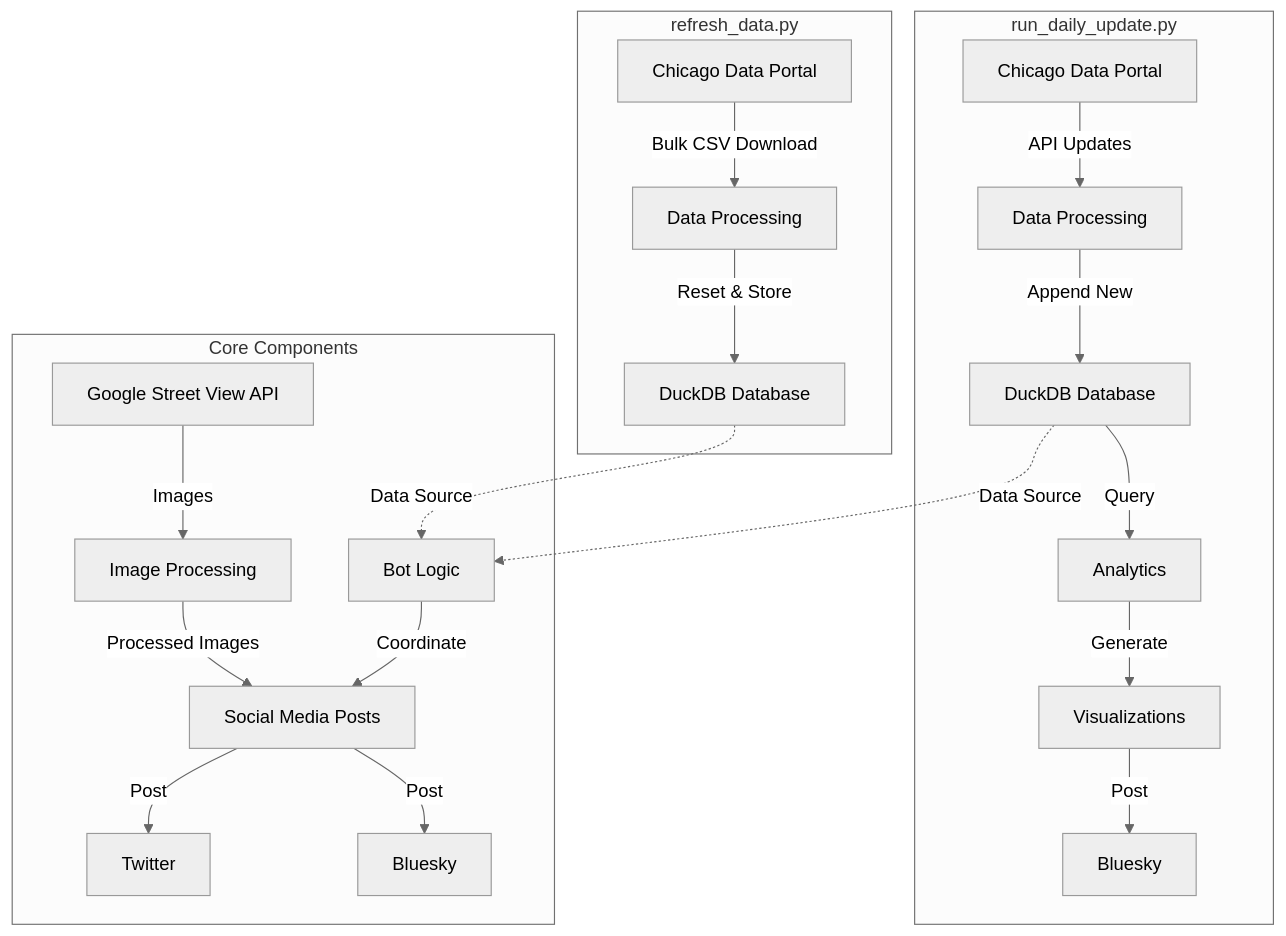
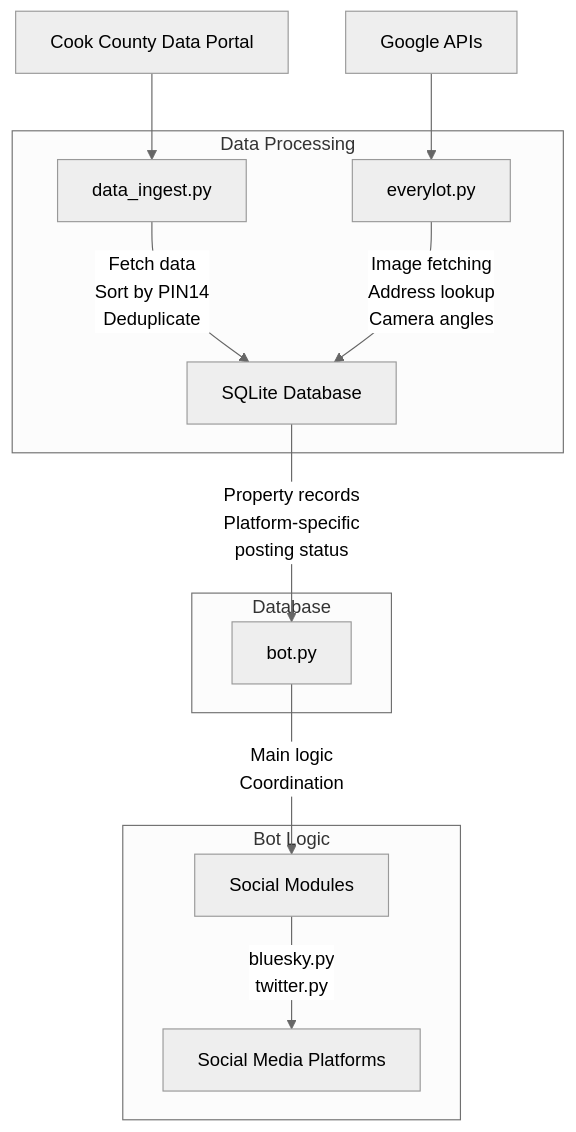
One commit to MisterClean/everylotbot-chicago changed the diagram in README.md. Above: the diagram before and after it, drawn with Mermaid (neutral theme).

````diff
--- a/README.md
+++ b/README.md
@@ -16,25 +16,20 @@
 ```mermaid
 graph TD
-    subgraph Full Refresh [refresh_data.py]
-        A1[Chicago Data Portal] -->|Bulk CSV Download| B1[Data Processing]
-        B1 -->|Reset & Store| C1[DuckDB Database]
+    CDP[Cook County Data Portal] --> DI[data_ingest.py]
+    GAPI[Google APIs] --> EL[everylot.py]
+    SMP[Social Media Platforms]
+    
+    subgraph Data Processing
+        DI --> |Fetch data<br/>Sort by PIN14<br/>Deduplicate| DB[SQLite Database]
+        EL --> |Image fetching<br/>Address lookup<br/>Camera angles| DB
     end
-
-    subgraph Daily Update [run_daily_update.py]
-        A2[Chicago Data Portal] -->|API Updates| B2[Data Processing]
-        B2 -->|Append New| C2[DuckDB Database]
-        C2 -->|Query| D2[Analytics]
-        D2 -->|Generate| E2[Visualizations]
-        E2 -->|Post| F2[Bluesky]
+    
+    subgraph Database
+        DB --> |Property records<br/>Platform-specific<br/>posting status| BOT[bot.py]
     end
-
-    subgraph Core Components
-        G[Google Street View API] -->|Images| H[Image Processing]
-        H -->|Processed Images| I[Social Media Posts]
-        C1 -.->|Data Source| J[Bot Logic]
-        C2 -.->|Data Source| J
-        J -->|Coordinate| I
-        I -->|Post| K[Bluesky]
-        I -->|Post| L[Twitter]
+    
+    subgraph Bot Logic
+        BOT --> |Main logic<br/>Coordination| SM[Social Modules]
+        SM --> |bluesky.py<br/>twitter.py| SMP
     end
 ```
````
